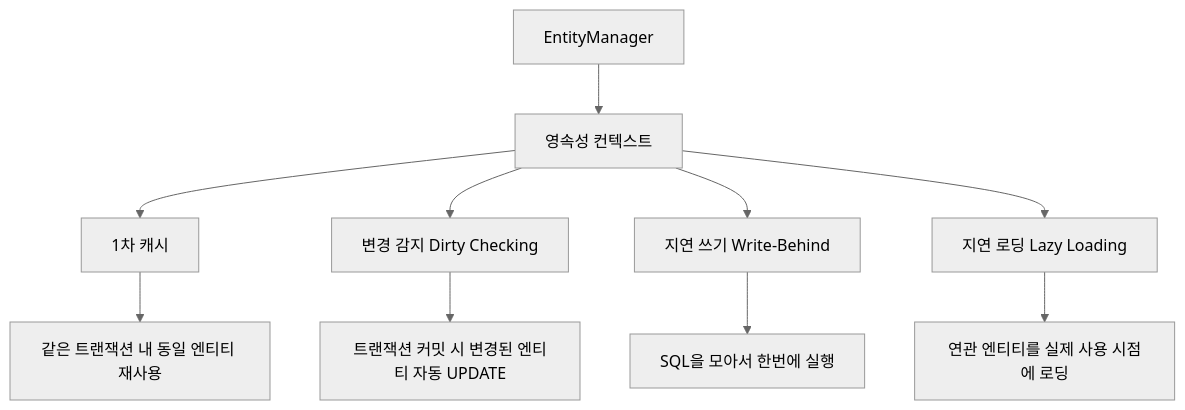
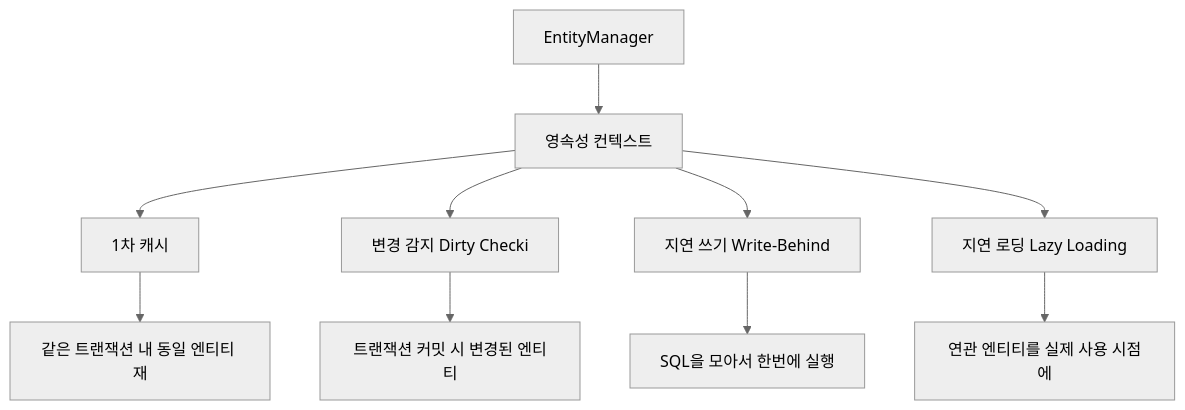
Before and after one commit to yjkim2015/yjkim2015.github.io: the third of 4 diagrams in _posts/spring/2026-05-02-spring-db-2.md, drawn with Mermaid (neutral theme). The commit also changed other lines of this file and 271 other files, not shown here.

First line of the commit message:
Mermaid 라벨 축소: 긴 노드 텍스트 18자 이하로 트림 + \n 제거

````diff
--- a/_posts/spring/2026-05-02-spring-db-2.md
+++ b/_posts/spring/2026-05-02-spring-db-2.md
@@ -429,12 +429,12 @@
 ```mermaid
 graph TD
     A[EntityManager] --> B["영속성 컨텍스트"]
     B --> C["1차 캐시"]
-    B --> D["변경 감지 Dirty Checking"]
+    B --> D["변경 감지 Dirty Checki"]
     B --> E["지연 쓰기 Write-Behind"]
     B --> F["지연 로딩 Lazy Loading"]
-    C --> G["같은 트랜잭션 내 동일 엔티티 재사용"]
-    D --> H["트랜잭션 커밋 시 변경된 엔티티 자동 UPDATE"]
+    C --> G["같은 트랜잭션 내 동일 엔티티 재"]
+    D --> H["트랜잭션 커밋 시 변경된 엔티티"]
     E --> I["SQL을 모아서 한번에 실행"]
-    F --> J["연관 엔티티를 실제 사용 시점에 로딩"]
+    F --> J["연관 엔티티를 실제 사용 시점에"]
 ```
````
